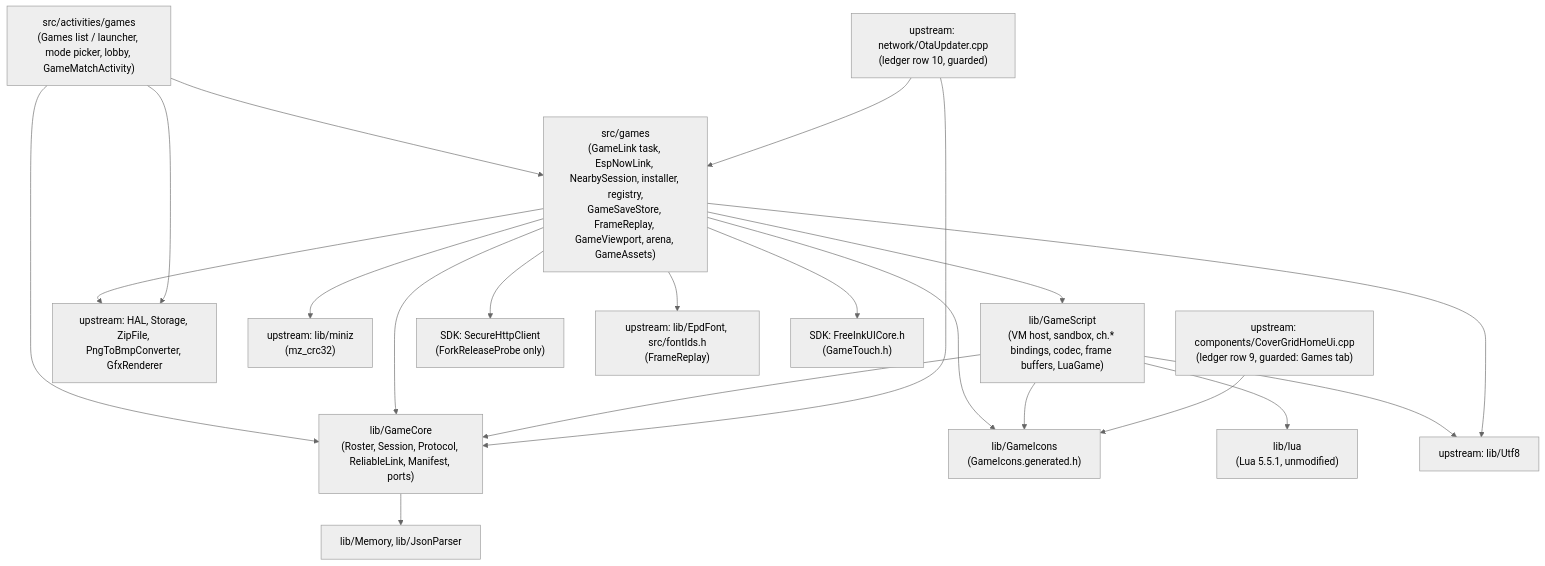
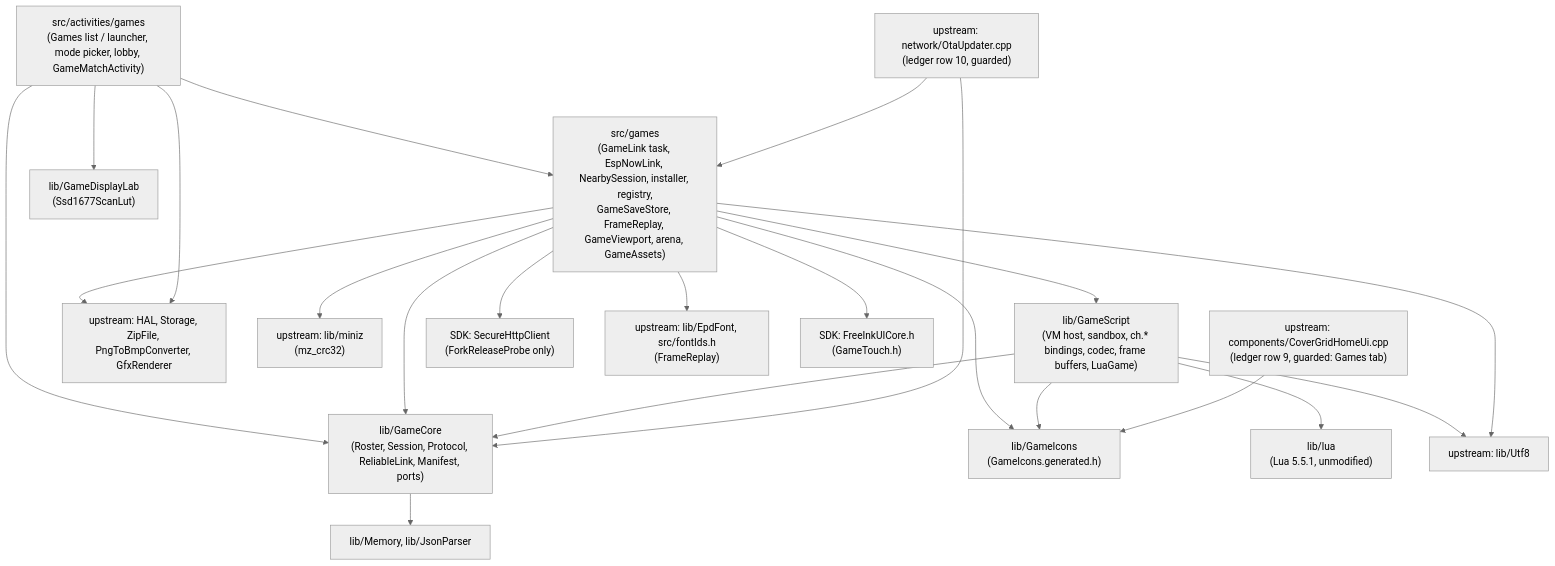
Before and after one commit to CarpeTelam/crosshatch-player: the first of 4 diagrams in _bmad-output/planning-artifacts/architecture/architecture-crosshatch-player-2026-09-26/ARCHITECTURE-SPINE.md, drawn with Mermaid (neutral theme). The commit also changed other lines of this file and 30 other files, not shown here.

First line of the commit message:
feat: add the SSD1677 display lab spike (Part A) for the X4 Pro

````diff
--- a/_bmad-output/planning-artifacts/architecture/architecture-crosshatch-player-2026-09-26/ARCHITECTURE-SPINE.md
+++ b/_bmad-output/planning-artifacts/architecture/architecture-crosshatch-player-2026-09-26/ARCHITECTURE-SPINE.md
@@ -48,26 +51,28 @@
 ```mermaid
 flowchart TD
   %% Amended 2026-09-28 (owner): the Games list, and the Utf8, EpdFont/fontIds.h, and FreeInkUICore.h edges (retro A1).
   ACT["src/activities/games<br/>(Games list / launcher, mode picker, lobby, GameMatchActivity)"] --> ADP["src/games<br/>(GameLink task, EspNowLink, NearbySession, installer, registry,<br/>GameSaveStore, FrameReplay, GameViewport, arena, GameAssets)"]
   ACT --> CORE["lib/GameCore<br/>(Roster, Session, Protocol, ReliableLink, Manifest, ports)"]
+  %% Amended 2026-10-16 (owner, display-lab spike): the SSD1677 scan LUT builder.
+  ACT --> DLAB["lib/GameDisplayLab<br/>(Ssd1677ScanLut)"]
   ADP --> SCR["lib/GameScript<br/>(VM host, sandbox, ch.* bindings, codec, frame buffers, LuaGame)"]
   ADP --> CORE
   ADP --> ICO["lib/GameIcons<br/>(GameIcons.generated.h)"]
   SCR --> CORE
   SCR --> ICO
   SCR --> LUA["lib/lua<br/>(Lua 5.5.1, unmodified)"]
   CORE --> STD["lib/Memory, lib/JsonParser"]
   ADP --> HAL["upstream: HAL, Storage, ZipFile, PngToBmpConverter, GfxRenderer"]
   %% Amended 2026-09-29 (epic-install-and-launcher entry 6): the installer's CRC check.
   ADP --> MZ["upstream: lib/miniz<br/>(mz_crc32)"]
   ACT --> HAL
   OTA["upstream: network/OtaUpdater.cpp<br/>(ledger row 10, guarded)"] --> CORE
   OTA --> ADP
   %% Amended 2026-09-28 (owner): Home's cover-grid Games tab (ledger row 9).
   HOME["upstream: components/CoverGridHomeUi.cpp<br/>(ledger row 9, guarded: Games tab)"] --> ICO
   ADP --> HTTP["SDK: SecureHttpClient<br/>(ForkReleaseProbe only)"]
   SCR --> UTF["upstream: lib/Utf8"]
   ADP --> UTF
   ADP --> FNT["upstream: lib/EpdFont, src/fontIds.h<br/>(FrameReplay)"]
   ADP --> FUI["SDK: FreeInkUICore.h<br/>(GameTouch.h)"]
 ```
````
